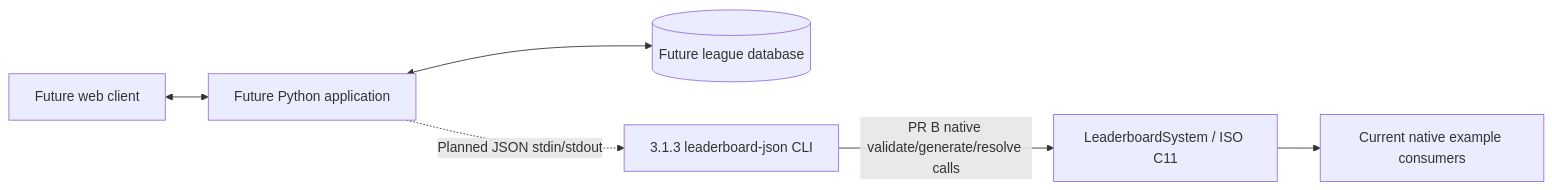
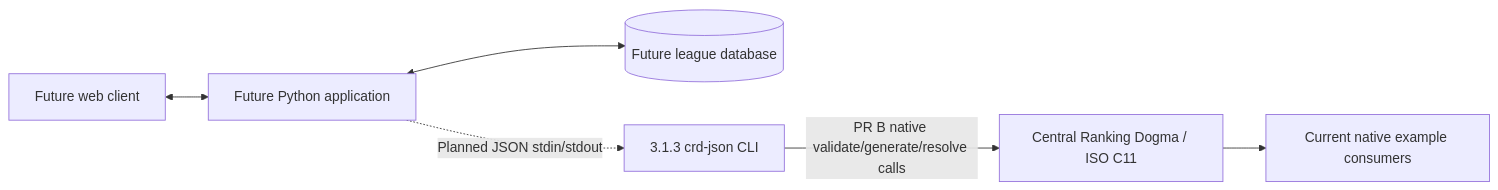
The diagram in docs/architecture/system.md (AlessVolpe/CentralRankingDogma), drawn with Mermaid before and after one commit. The commit also changed 34 other files, not shown here.

````diff
--- a/docs/architecture/system.md
+++ b/docs/architecture/system.md
@@ -5,8 +5,8 @@
 ```mermaid
 flowchart LR
     UI["Future web client"] <--> PY["Future Python application"]
     PY <--> DB[(Future league database)]
-    PY -.->|Planned JSON stdin/stdout| TRANSPORT["3.1.3 leaderboard-json CLI"]
-    TRANSPORT -->|PR B native validate/generate/resolve calls| C["LeaderboardSystem / ISO C11"]
+    PY -.->|Planned JSON stdin/stdout| TRANSPORT["3.1.3 crd-json CLI"]
+    TRANSPORT -->|PR B native validate/generate/resolve calls| C["Central Ranking Dogma / ISO C11"]
     C --> CLI["Current native example consumers"]
 ```
````
